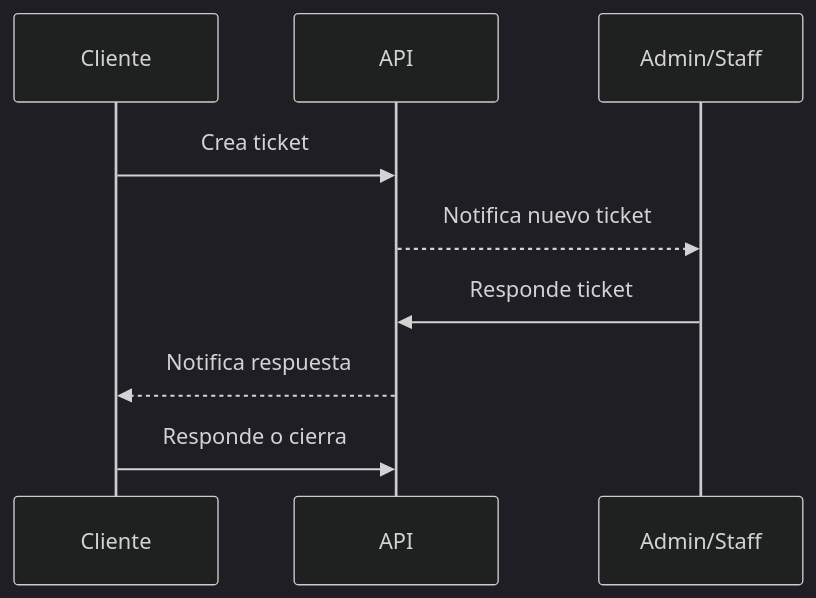
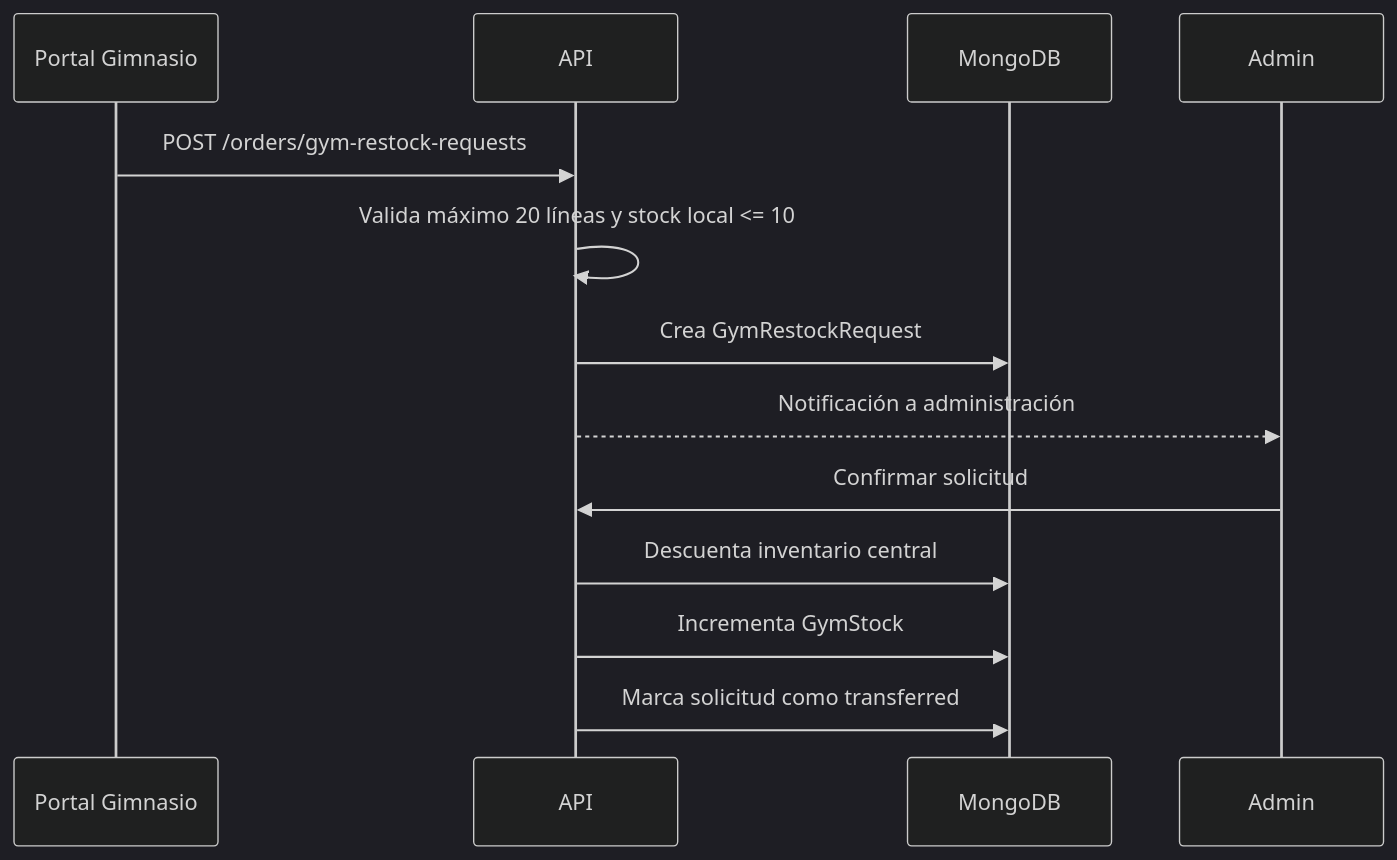
Before and after one commit to IvanNario/gymverse: the seventh of 9 diagrams in documentacion/03_diagramas.md, drawn with Mermaid (dark theme). The commit also changed other lines of this file and 23 other files, not shown here.

````diff
--- a/documentacion/03_diagramas.md
+++ b/documentacion/03_diagramas.md
@@ -77,12 +106,15 @@
 ```mermaid
 sequenceDiagram
-    participant C as Cliente
-    participant API as API
-    participant A as Admin/Staff
-
-    C->>API: Crea ticket
-    API-->>A: Notifica nuevo ticket
-    A->>API: Responde ticket
-    API-->>C: Notifica respuesta
-    C->>API: Responde o cierra
+  participant G as Portal Gimnasio
+  participant A as API
+  participant M as MongoDB
+  participant AD as Admin
+  G->>A: POST /orders/gym-restock-requests
+  A->>A: Valida máximo 20 líneas y stock local <= 10
+  A->>M: Crea GymRestockRequest
+  A-->>AD: Notificación a administración
+  AD->>A: Confirmar solicitud
+  A->>M: Descuenta inventario central
+  A->>M: Incrementa GymStock
+  A->>M: Marca solicitud como transferred
 ```
````
